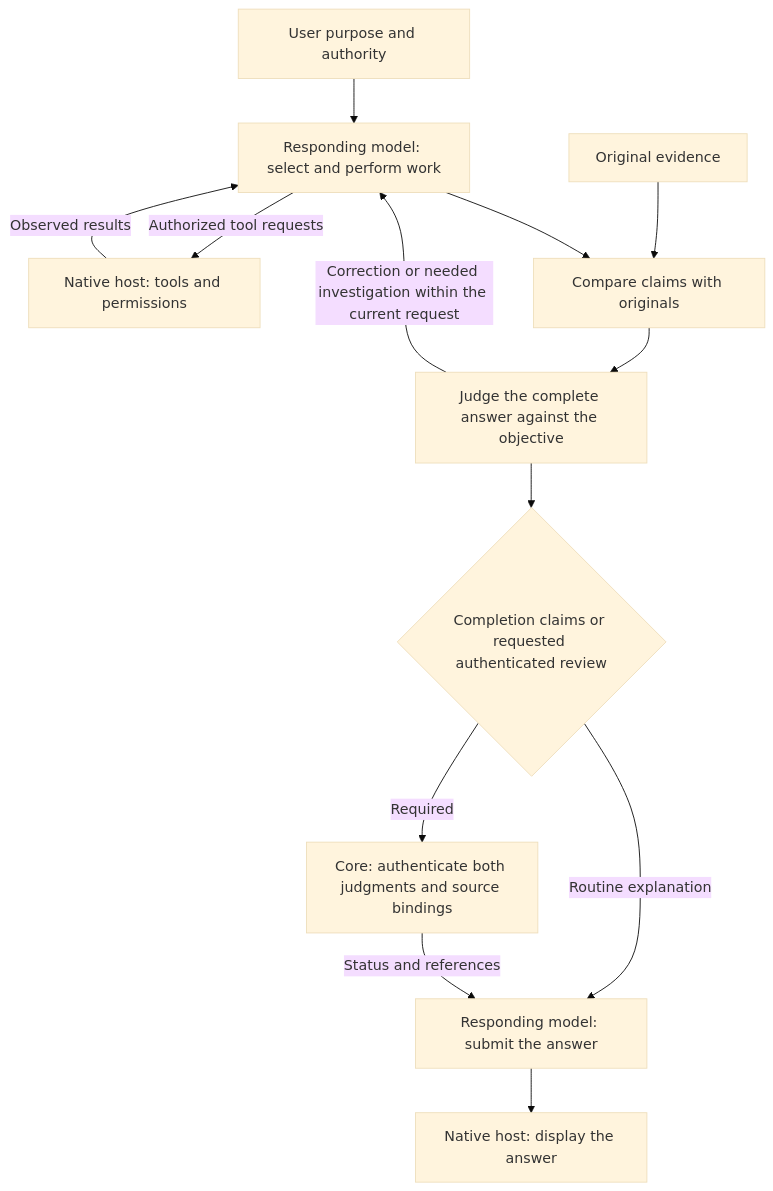
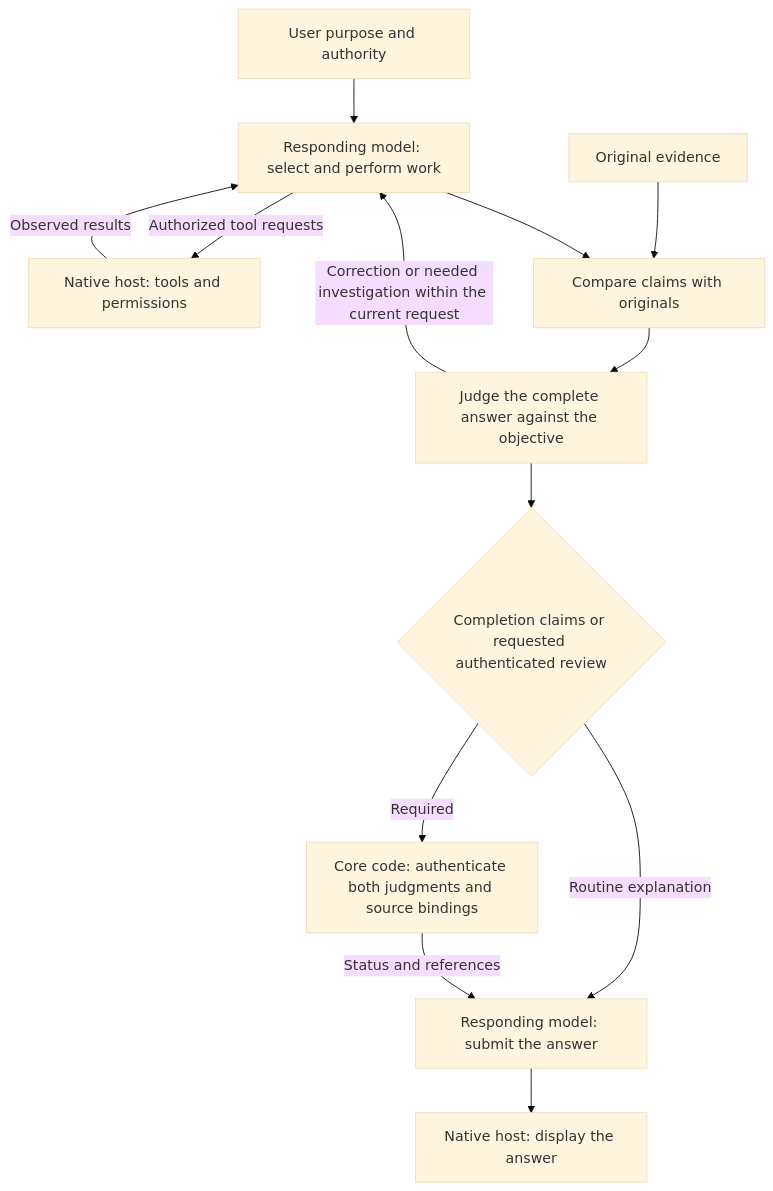
Before and after one commit to AidALL/ghost-alice: the second of 5 diagrams in architecture.md, drawn with Mermaid (base theme). The commit also changed other lines of this file and 40 other files, not shown here.

````diff
--- a/architecture.md
+++ b/architecture.md
@@ -16,15 +49,15 @@
 ```mermaid
 flowchart TD
   U["User purpose and authority"] --> M["Responding model: select and perform work"]
   M -->|Authorized tool requests| T["Native host: tools and permissions"]
   T -->|Observed results| M
   O["Original evidence"] --> J["Compare claims with originals"]
   M --> J
   J --> W["Judge the complete answer against the objective"]
   W -->|Correction or needed investigation within the current request| M
   W --> R{"Completion claims or requested authenticated review"}
-  R -->|Required| C["Core: authenticate both judgments and source bindings"]
+  R -->|Required| C["Core code: authenticate both judgments and source bindings"]
   R -->|Routine explanation| D["Responding model: submit the answer"]
   C -->|Status and references| D
   D --> H["Native host: display the answer"]
 ```
````
